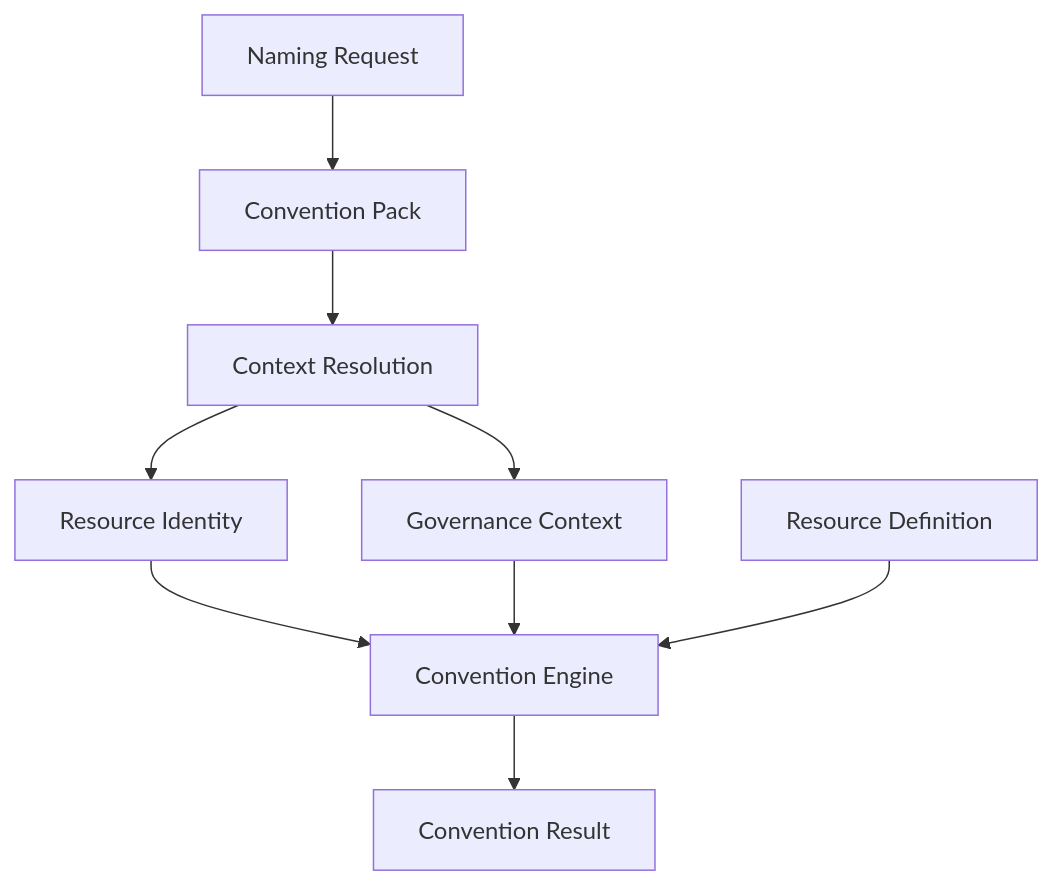
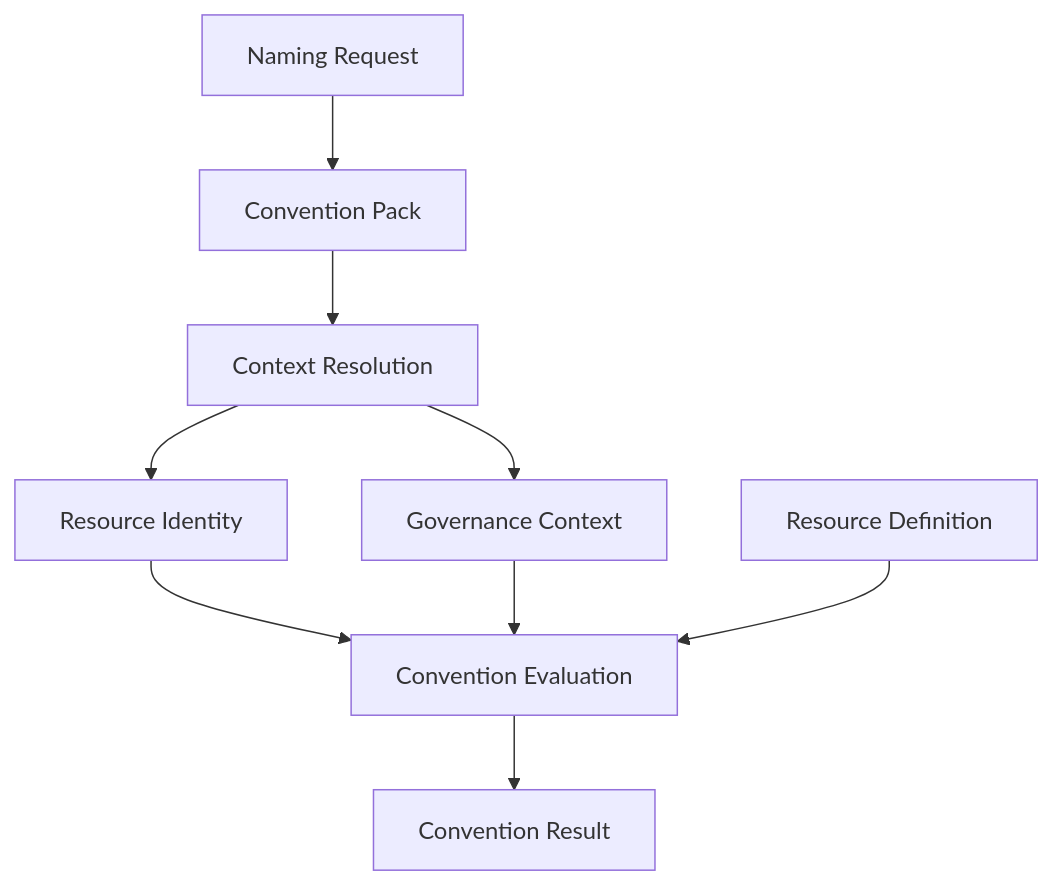
Before and after one commit to lksnext/iac-resource-conventions: the diagram in specification/governance-context.md, drawn with Mermaid. The commit also changed other lines of this file and 8 other files, not shown here.

Commit message:
docs(specification): refine conceptual architecture

````diff
--- a/specification/governance-context.md
+++ b/specification/governance-context.md
@@ -83,12 +85,12 @@
 ```mermaid
 flowchart TD
     NR["Naming Request"] --> CP["Convention Pack"]
     CP --> CR["Context Resolution"]
     CR --> RI["Resource Identity"]
     CR --> GC["Governance Context"]
     RD["Resource Definition"]
-    RI --> CE["Convention Engine"]
+    RI --> CE["Convention Evaluation"]
     GC --> CE
     RD --> CE
     CE --> Result["Convention Result"]
 ```
````
